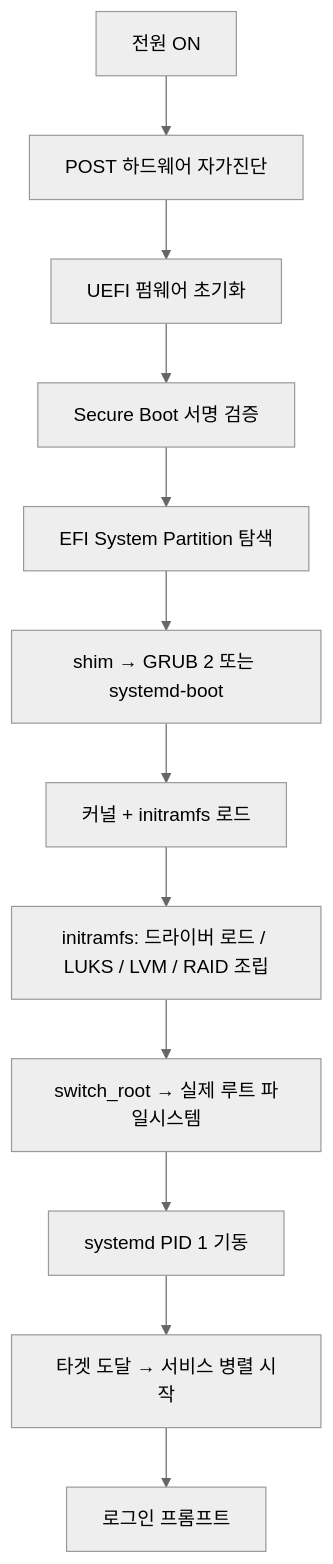
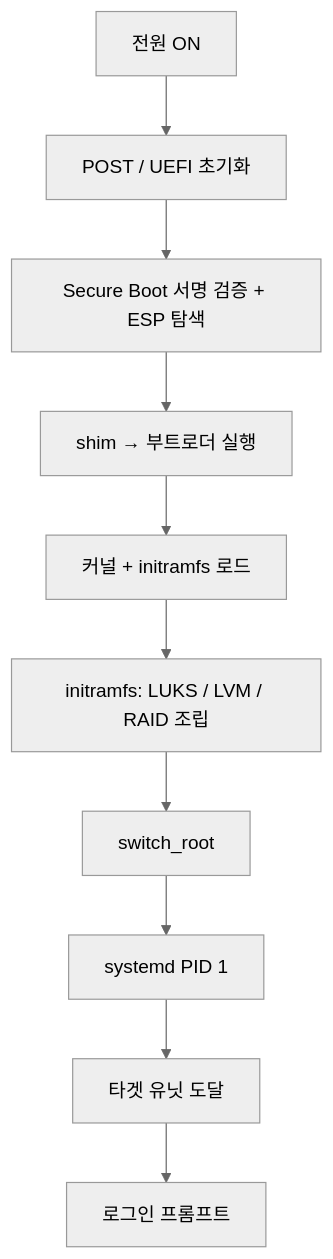
Before and after one commit to moonblueblue/devops-wiki: the first of 6 diagrams in content/linux/boot-init/boot-process.md, drawn with Mermaid (neutral theme). The commit also changed other lines of this file and 3 other files, not shown here.

First line of the commit message:
style: Mermaid 노드 10개 이하·레이블 간소화 규칙 적용

````diff
--- a/content/linux/boot-init/boot-process.md
+++ b/content/linux/boot-init/boot-process.md
@@ -23,14 +23,13 @@
 ```mermaid
 graph TD
-    A[전원 ON] --> B[POST 하드웨어 자가진단]
-    B --> C[UEFI 펌웨어 초기화]
-    C --> D[Secure Boot 서명 검증]
-    D --> E[EFI System Partition 탐색]
-    E --> F[shim → GRUB 2 또는 systemd-boot]
-    F --> G[커널 + initramfs 로드]
-    G --> H[initramfs: 드라이버 로드 / LUKS / LVM / RAID 조립]
-    H --> I[switch_root → 실제 루트 파일시스템]
-    I --> J[systemd PID 1 기동]
-    J --> K[타겟 도달 → 서비스 병렬 시작]
-    K --> L[로그인 프롬프트]
+    A[전원 ON]
+    A --> B[POST / UEFI 초기화]
+    B --> C[Secure Boot 서명 검증 + ESP 탐색]
+    C --> D[shim → 부트로더 실행]
+    D --> E[커널 + initramfs 로드]
+    E --> F["initramfs: LUKS / LVM / RAID 조립"]
+    F --> G[switch_root]
+    G --> H[systemd PID 1]
+    H --> I[타겟 유닛 도달]
+    I --> J[로그인 프롬프트]
 ```
````
